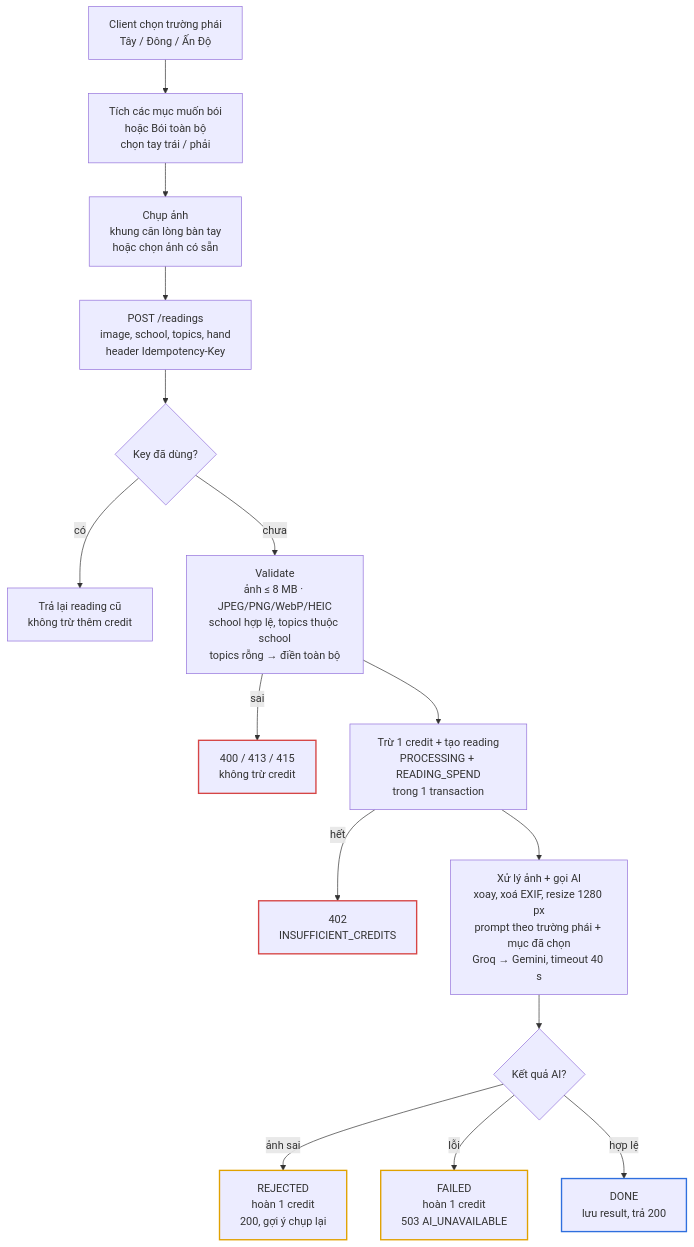
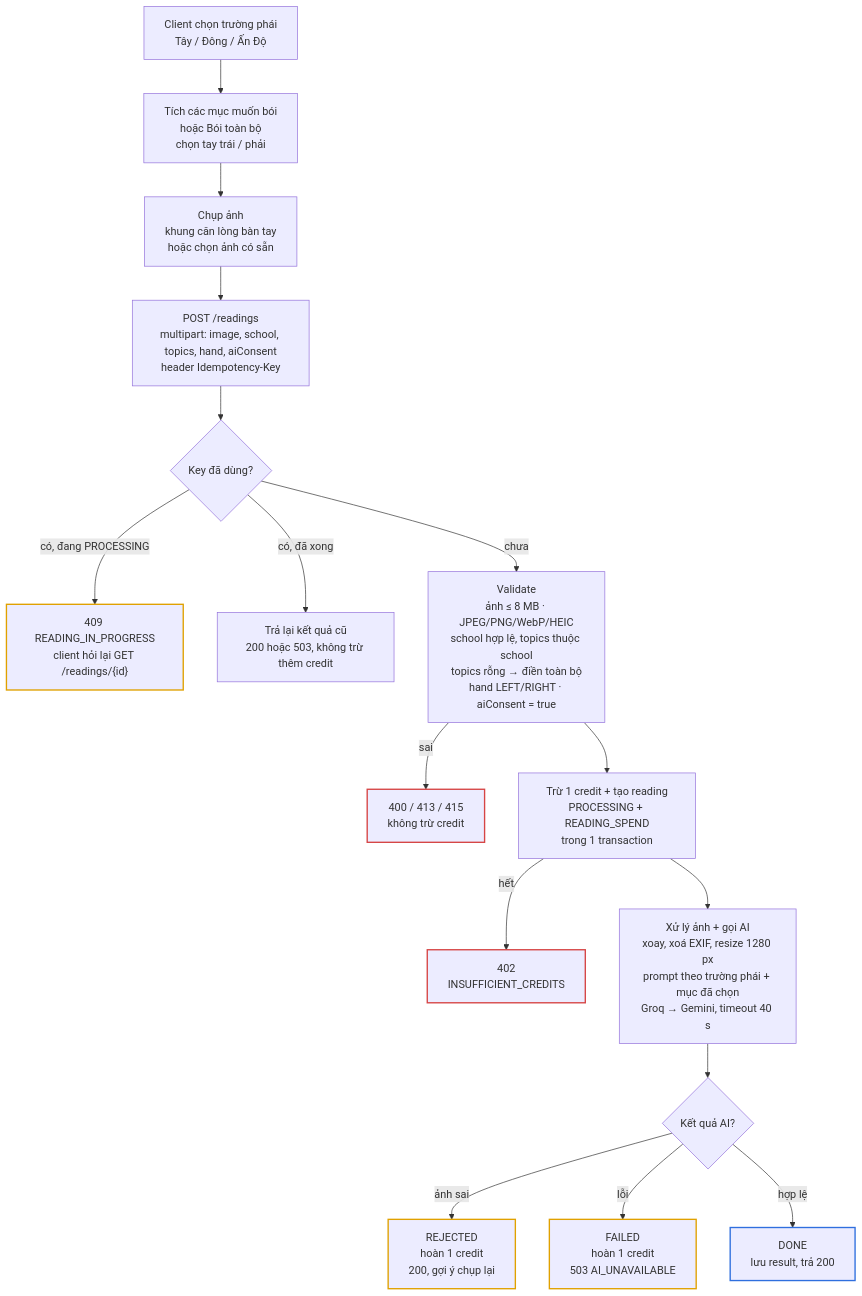
Before and after one commit to DucDMinh/PalmSight: the third of 3 diagrams in docs/workflow.md, drawn with Mermaid. The commit also changed other lines of this file and 8 other files, not shown here.

````diff
--- a/docs/workflow.md
+++ b/docs/workflow.md
@@ -71,36 +71,38 @@
 ```mermaid
 flowchart TB
     choose["Client chọn trường phái<br/>Tây / Đông / Ấn Độ"]
     topics["Tích các mục muốn bói<br/>hoặc Bói toàn bộ<br/>chọn tay trái / phải"]
     capture["Chụp ảnh<br/>khung căn lòng bàn tay<br/>hoặc chọn ảnh có sẵn"]
-    post["POST /readings<br/>image, school, topics, hand<br/>header Idempotency-Key"]
+    post["POST /readings<br/>multipart: image, school, topics, hand, aiConsent<br/>header Idempotency-Key"]
     key{"Key đã dùng?"}
-    replay["Trả lại reading cũ<br/>không trừ thêm credit"]
-    validate["Validate<br/>ảnh ≤ 8 MB · JPEG/PNG/WebP/HEIC<br/>school hợp lệ, topics thuộc school<br/>topics rỗng → điền toàn bộ"]
+    inProgress["409 READING_IN_PROGRESS<br/>client hỏi lại GET /readings/{id}"]
+    replay["Trả lại kết quả cũ<br/>200 hoặc 503, không trừ thêm credit"]
+    validate["Validate<br/>ảnh ≤ 8 MB · JPEG/PNG/WebP/HEIC<br/>school hợp lệ, topics thuộc school<br/>topics rỗng → điền toàn bộ<br/>hand LEFT/RIGHT · aiConsent = true"]
     badReq["400 / 413 / 415<br/>không trừ credit"]
     spend["Trừ 1 credit + tạo reading<br/>PROCESSING + READING_SPEND<br/>trong 1 transaction"]
     noCredit["402<br/>INSUFFICIENT_CREDITS"]
     ai["Xử lý ảnh + gọi AI<br/>xoay, xoá EXIF, resize 1280 px<br/>prompt theo trường phái + mục đã chọn<br/>Groq → Gemini, timeout 40 s"]
     result{"Kết quả AI?"}
     rejected["REJECTED<br/>hoàn 1 credit<br/>200, gợi ý chụp lại"]
     failed["FAILED<br/>hoàn 1 credit<br/>503 AI_UNAVAILABLE"]
     done["DONE<br/>lưu result, trả 200"]
 
     choose --> topics --> capture --> post --> key
-    key -->|có| replay
+    key -->|có, đang PROCESSING| inProgress
+    key -->|có, đã xong| replay
     key -->|chưa| validate
     validate -->|sai| badReq
     validate --> spend
     spend -->|hết| noCredit
     spend --> ai --> result
     result -->|ảnh sai| rejected
     result -->|lỗi| failed
     result -->|hợp lệ| done
 
     classDef accent stroke:#2f6fde,stroke-width:2px
     classDef warn stroke:#e0a100,stroke-width:2px
     classDef bad stroke:#d64545,stroke-width:2px
     class done accent
-    class rejected,failed warn
+    class rejected,failed,inProgress warn
     class badReq,noCredit bad
 ```
````
